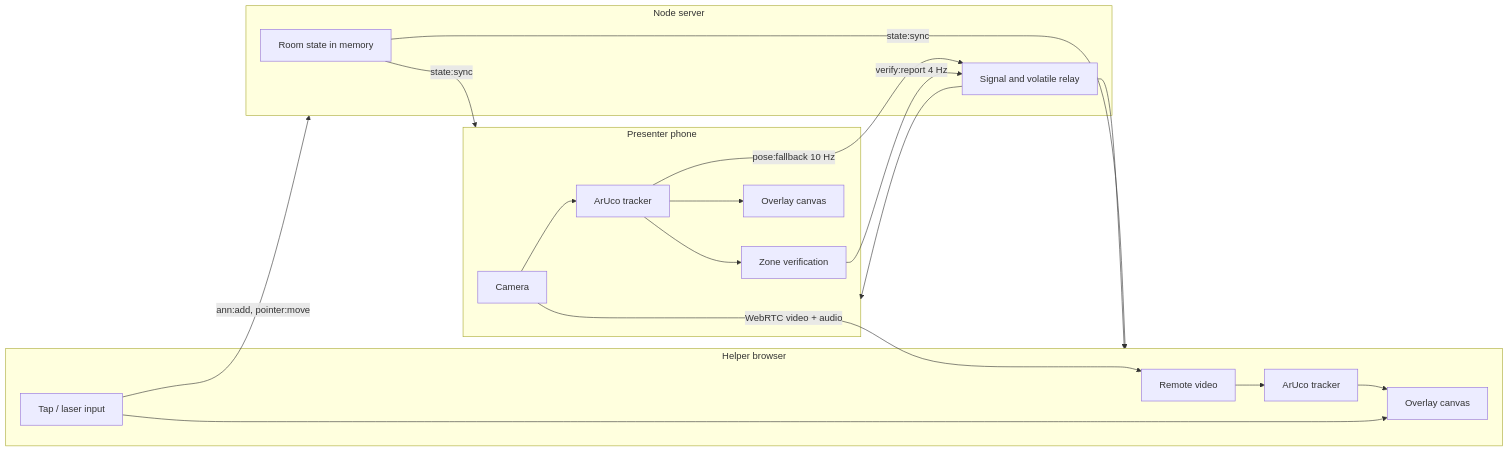
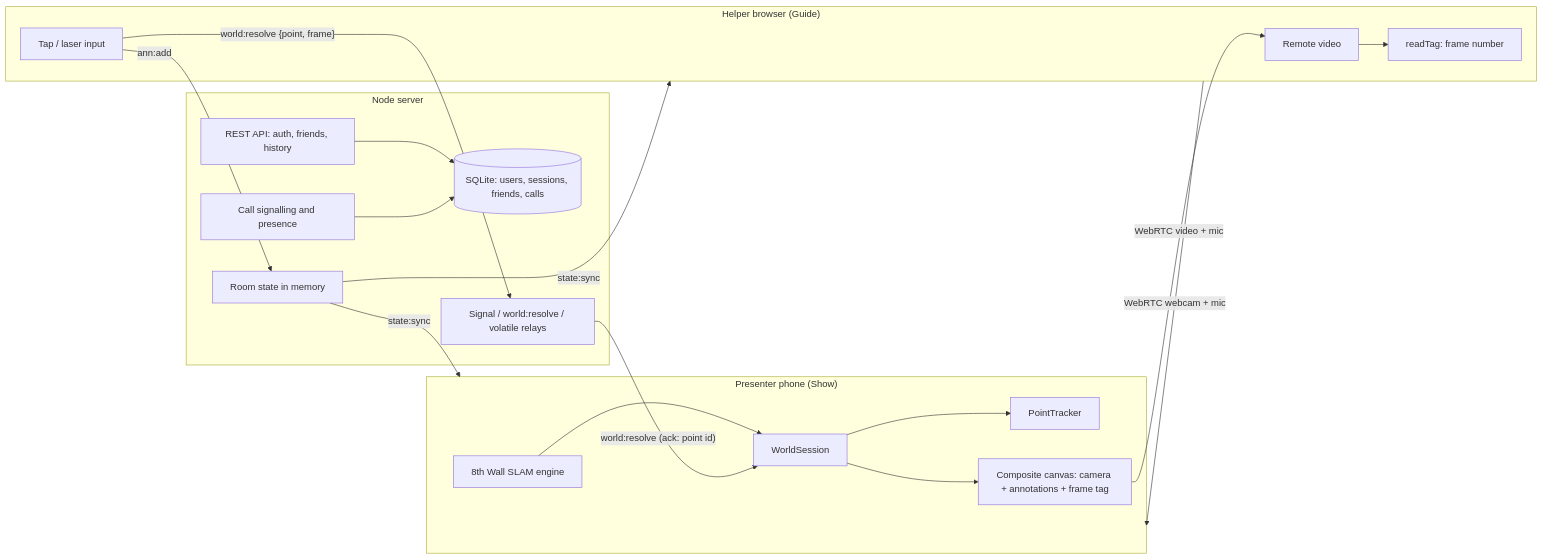
Before and after one commit to asehmb/macs-26: the diagram in docs/architecture.md, drawn with Mermaid. The commit also changed other lines of this file and 3 other files, not shown here.

First line of the commit message:
Update docs for world tracking and direct calling; add code guide

````diff
--- a/docs/architecture.md
+++ b/docs/architecture.md
@@ -3,34 +9,36 @@
 ```mermaid
 flowchart LR
-  subgraph presenter [Presenter phone]
-    cam[Camera]
-    pTrack[ArUco tracker]
-    pVerify[Zone verification]
-    pOverlay[Overlay canvas]
-    cam --> pTrack --> pOverlay
-    pTrack --> pVerify
+  subgraph presenter ["Presenter phone (Show)"]
+    xr["8th Wall SLAM engine"]
+    session["WorldSession"]
+    tracker["PointTracker"]
+    composite["Composite canvas: camera + annotations + frame tag"]
+    xr --> session --> tracker
+    session --> composite
   end
 
-  subgraph helper [Helper browser]
-    hVideo[Remote video]
-    hTrack[ArUco tracker]
-    hOverlay[Overlay canvas]
-    hInput[Tap / laser input]
-    hVideo --> hTrack --> hOverlay
-    hInput --> hOverlay
+  subgraph helper ["Helper browser (Guide)"]
+    video["Remote video"]
+    taps["Tap / laser input"]
+    tag["readTag: frame number"]
+    video --> tag
   end
 
-  subgraph server [Node server]
-    rooms[Room state in memory]
-    relay[Signal and volatile relay]
+  subgraph server ["Node server"]
+    api["REST API: auth, friends, history"]
+    db[("SQLite: users, sessions, friends, calls")]
+    calls["Call signalling and presence"]
+    rooms["Room state in memory"]
+    relay["Signal / world:resolve / volatile relays"]
+    api --> db
+    calls --> db
   end
 
-  cam -->|"WebRTC video + audio"| hVideo
-  hInput -->|"ann:add, pointer:move"| server
-  pTrack -->|"pose:fallback 10 Hz"| relay
-  pVerify -->|"verify:report 4 Hz"| relay
+  composite -->|"WebRTC video + mic"| video
+  helper -->|"WebRTC webcam + mic"| presenter
+  taps -->|"world:resolve {point, frame}"| relay
+  relay -->|"world:resolve (ack: point id)"| session
+  taps -->|"ann:add"| rooms
   rooms -->|"state:sync"| presenter
   rooms -->|"state:sync"| helper
-  relay --> presenter
-  relay --> helper
 ```
````
